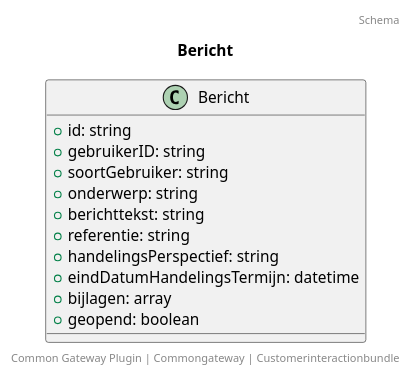
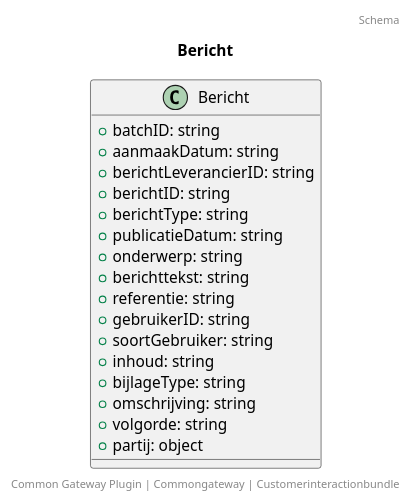
Before and after one commit to CommonGateway/CustomerInteractionBundle: the diagram in docs/schema/klant.bericht.puml, drawn with PlantUML. The commit also changed 29 other files, not shown here.

```diff
--- a/docs/schema/klant.bericht.puml
+++ b/docs/schema/klant.bericht.puml
@@ -1,18 +1,24 @@
 @startuml
 title: Bericht
 footer: Common Gateway Plugin | Commongateway | Customerinteractionbundle 
 header: Schema
 
 class Bericht {
-  + id: string
-  + gebruikerID: string
-  + soortGebruiker: string
+  + batchID: string
+  + aanmaakDatum: string
+  + berichtLeverancierID: string
+  + berichtID: string
+  + berichtType: string
+  + publicatieDatum: string
   + onderwerp: string
   + berichttekst: string
   + referentie: string
-  + handelingsPerspectief: string
-  + eindDatumHandelingsTermijn: datetime
-  + bijlagen: array
-  + geopend: boolean
+  + gebruikerID: string
+  + soortGebruiker: string
+  + inhoud: string
+  + bijlageType: string
+  + omschrijving: string
+  + volgorde: string
+  + partij: object
 }
 @enduml
```
